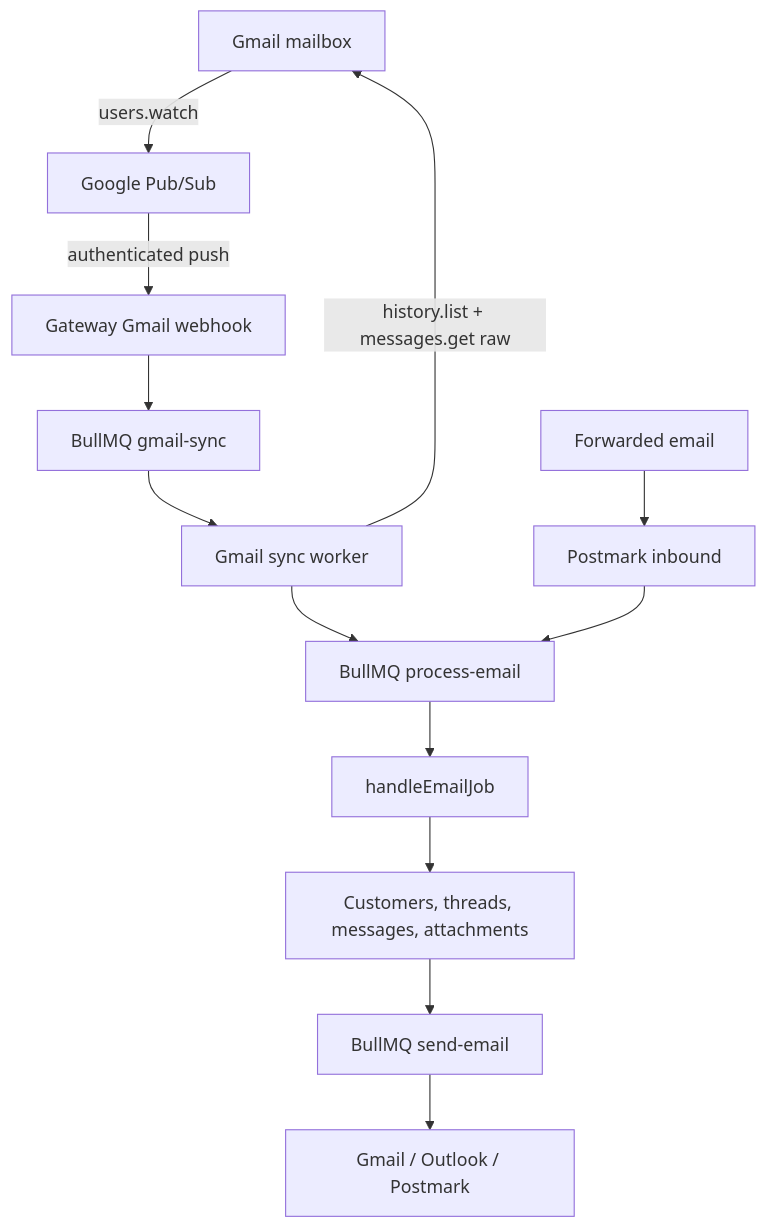
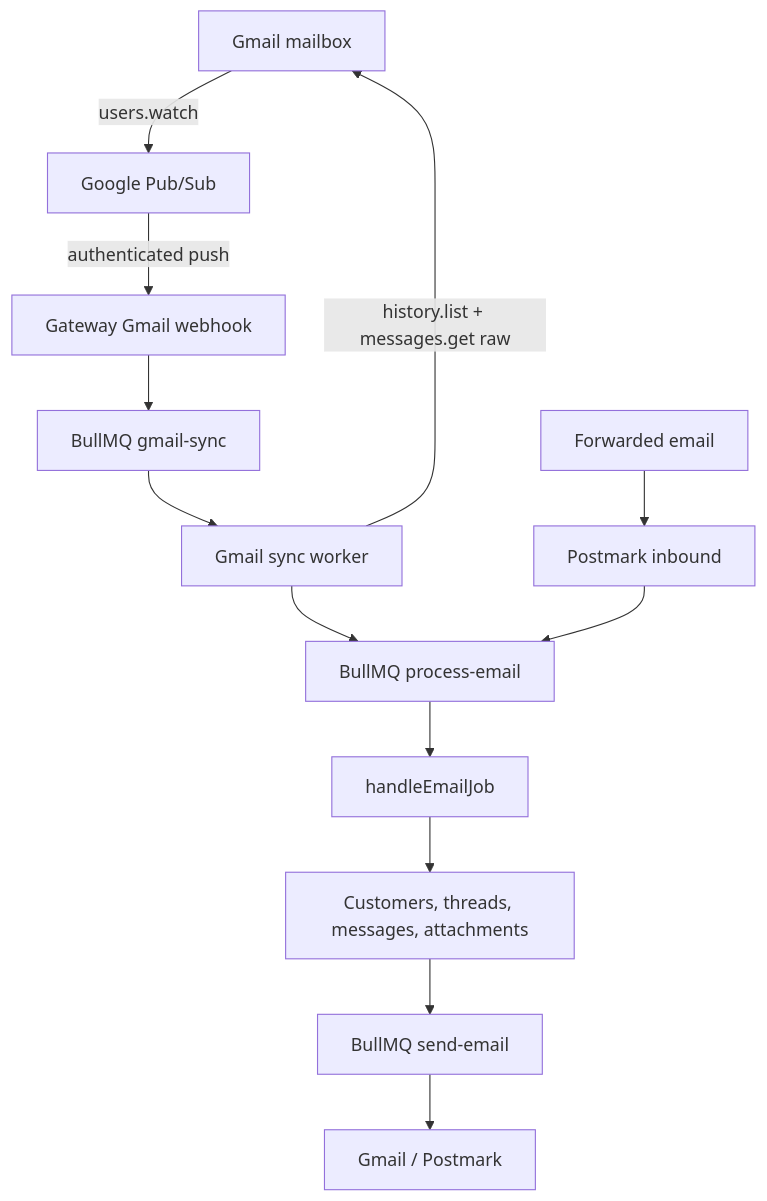
Before and after one commit to walledog11/shopkeeper: the diagram in docs/email-integration-plan.md, drawn with Mermaid. The commit also changed other lines of this file and 35 other files, not shown here.

````diff
--- a/docs/email-integration-plan.md
+++ b/docs/email-integration-plan.md
@@ -47,18 +47,18 @@
 ```mermaid
 flowchart TB
   Gmail[Gmail mailbox] -->|users.watch| PubSub[Google Pub/Sub]
   PubSub -->|authenticated push| Push[Gateway Gmail webhook]
   Push --> SyncQ[BullMQ gmail-sync]
   SyncQ --> Sync[Gmail sync worker]
   Sync -->|history.list + messages.get raw| Gmail
   Sync --> EmailQ[BullMQ process-email]
 
   Forward[Forwarded email] --> Postmark[Postmark inbound]
   Postmark --> EmailQ
 
   EmailQ --> Handler[handleEmailJob]
   Handler --> Tickets[Customers, threads, messages, attachments]
 
   Tickets --> SendQ[BullMQ send-email]
-  SendQ --> Providers[Gmail / Outlook / Postmark]
+  SendQ --> Providers[Gmail / Postmark]
 ```
````
